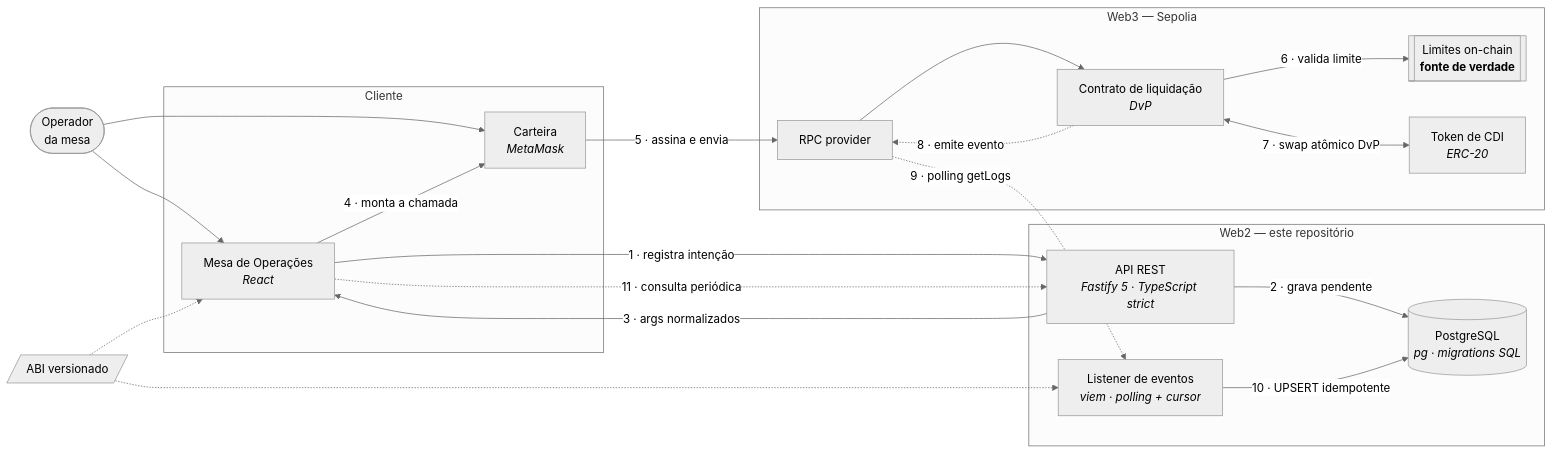
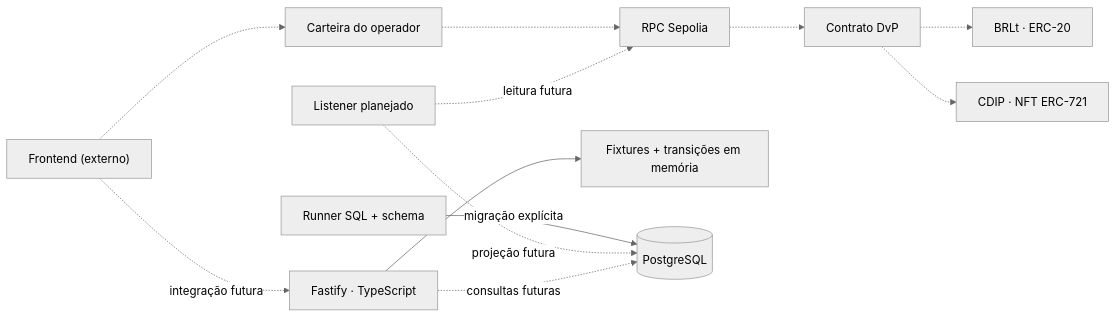
Before and after one commit to InteliBlockchain-IBC/projeto-banco-inter: the diagram in backend/README.md, drawn with Mermaid (neutral theme). The commit also changed other lines of this file and 33 other files, not shown here.

````diff
--- a/backend/README.md
+++ b/backend/README.md
@@ -101,43 +93,26 @@
 ```mermaid
 flowchart LR
-    OP(["Operador<br/>da mesa"])
+    FE["Frontend (externo)"]
+    W["Carteira do operador"]
+    RPC["RPC Sepolia"]
+    DVP["Contrato DvP"]
+    BRL["BRLt · ERC-20"]
+    CDIP["CDIP · NFT ERC-721"]
+    API["Fastify · TypeScript"]
+    MOCK["Fixtures + transições em memória"]
+    MIG["Runner SQL + schema"]
+    DB[("PostgreSQL")]
+    LIS["Listener planejado"]
 
-    subgraph CLIENT["Cliente"]
-        FE["Mesa de Operações<br/><i>React</i>"]
-        WALLET["Carteira<br/><i>MetaMask</i>"]
-    end
-
-    subgraph WEB2["Web2 — este repositório"]
-        API["API REST<br/><i>Fastify 5 · TypeScript strict</i>"]
-        LIS["Listener de eventos<br/><i>viem · polling + cursor</i>"]
-        DB[("PostgreSQL<br/><i>pg · migrations SQL</i>")]
-    end
-
-    subgraph WEB3["Web3 — Sepolia"]
-        RPC["RPC provider"]
-        DVP["Contrato de liquidação<br/><i>DvP</i>"]
-        LIM[["Limites on-chain<br/><b>fonte de verdade</b>"]]
-        TOKEN["Token de CDI<br/><i>ERC-20</i>"]
-    end
-
-    ABI[/"ABI versionado"/]
-
-    OP --> FE
-    OP --> WALLET
-
-    FE -->|"1 · registra intenção"| API
-    API -->|"2 · grava pendente"| DB
-    API -->|"3 · args normalizados"| FE
-    FE -->|"4 · monta a chamada"| WALLET
-    WALLET -->|"5 · assina e envia"| RPC
-    RPC --> DVP
-    DVP -->|"6 · valida limite"| LIM
-    DVP <-->|"7 · swap atômico DvP"| TOKEN
-    DVP -.->|"8 · emite evento"| RPC
-    RPC -.->|"9 · polling getLogs"| LIS
-    LIS -->|"10 · UPSERT idempotente"| DB
-    FE -.->|"11 · consulta periódica"| API
-
-    ABI -.-> LIS
-    ABI -.-> FE
+    FE -.->|"integração futura"| API
+    FE -.-> W
+    W -.-> RPC
+    RPC -.-> DVP
+    DVP -.-> BRL
+    DVP -.-> CDIP
+    API --> MOCK
+    MIG -->|"migração explícita"| DB
+    LIS -.->|"leitura futura"| RPC
+    LIS -.->|"projeção futura"| DB
+    API -.->|"consultas futuras"| DB
 ```
````
